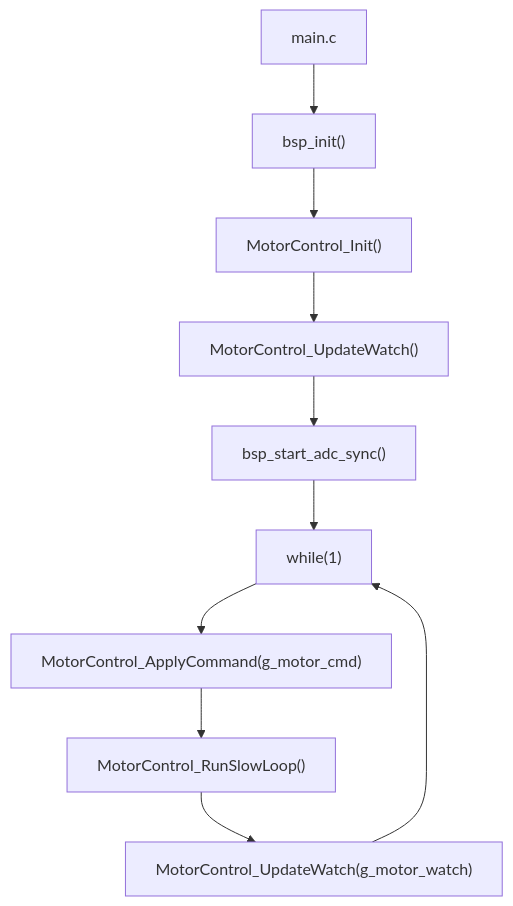
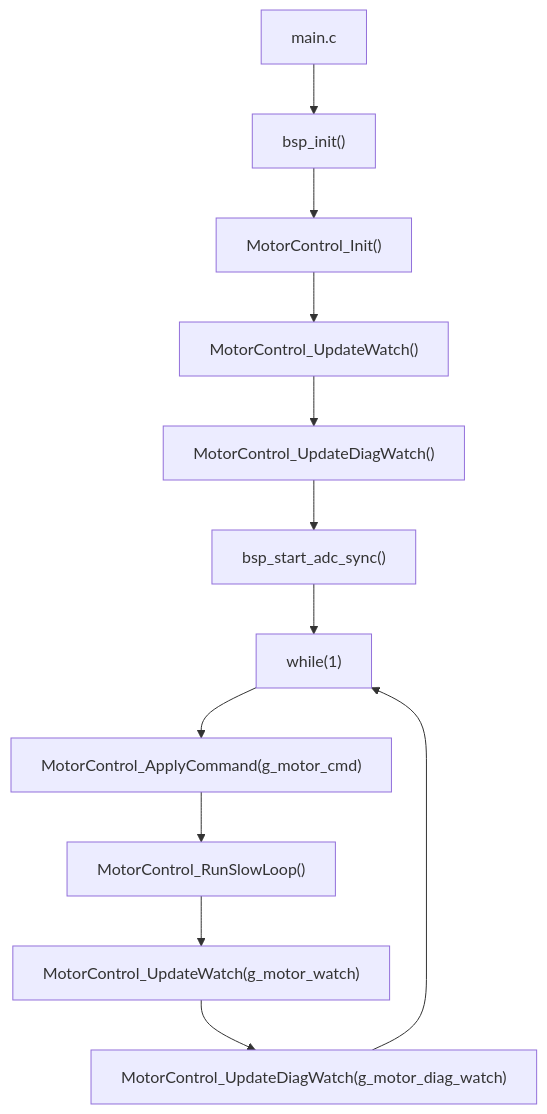
Before and after one commit to niahosi/CMS32FOC_GCC: the first of 4 diagrams in Docs/Architecture/ActiveControlChain.md, drawn with Mermaid. The commit also changed other lines of this file and 15 other files, not shown here.

````diff
--- a/Docs/Architecture/ActiveControlChain.md
+++ b/Docs/Architecture/ActiveControlChain.md
@@ -13,12 +13,14 @@
 ```mermaid
 flowchart TD
     main["main.c"] --> bsp["bsp_init()"]
     bsp --> mcinit["MotorControl_Init()"]
     mcinit --> watch0["MotorControl_UpdateWatch()"]
-    watch0 --> adcstart["bsp_start_adc_sync()"]
+    watch0 --> diagwatch0["MotorControl_UpdateDiagWatch()"]
+    diagwatch0 --> adcstart["bsp_start_adc_sync()"]
     adcstart --> loop["while(1)"]
     loop --> apply["MotorControl_ApplyCommand(g_motor_cmd)"]
     apply --> slow["MotorControl_RunSlowLoop()"]
     slow --> watch["MotorControl_UpdateWatch(g_motor_watch)"]
-    watch --> loop
+    watch --> diagwatch["MotorControl_UpdateDiagWatch(g_motor_diag_watch)"]
+    diagwatch --> loop
 ```
````
